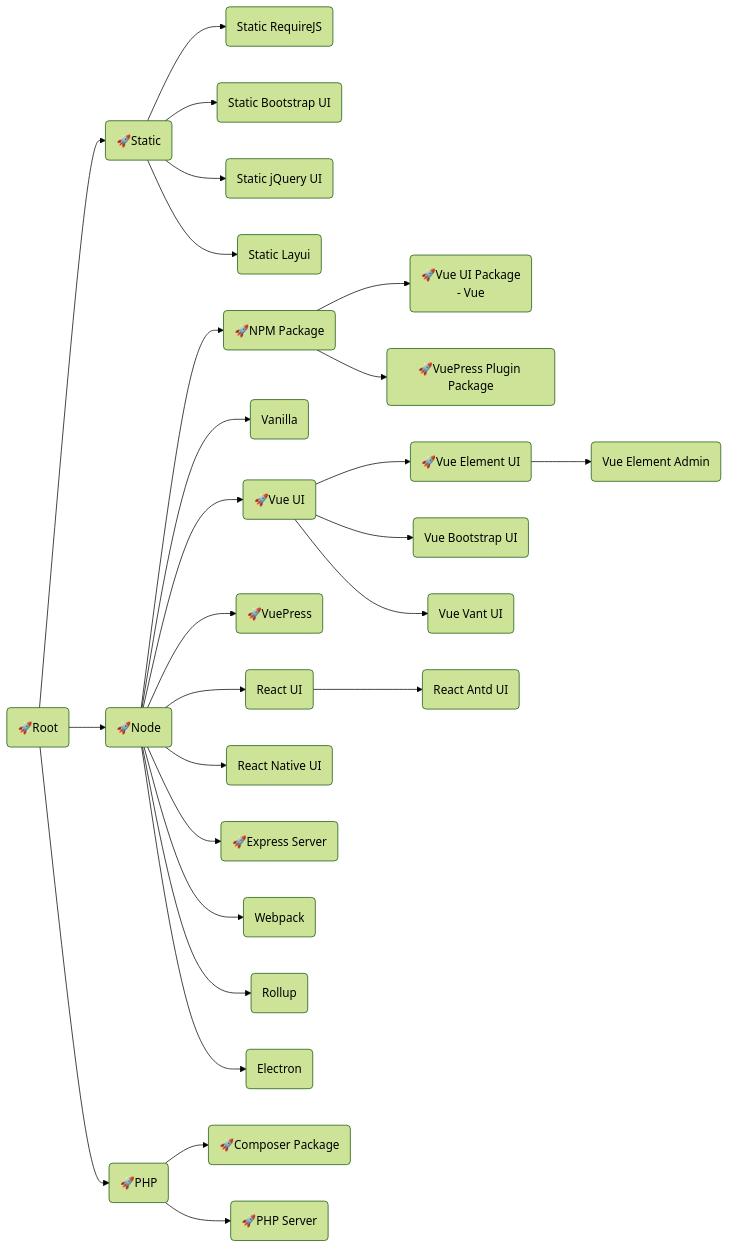
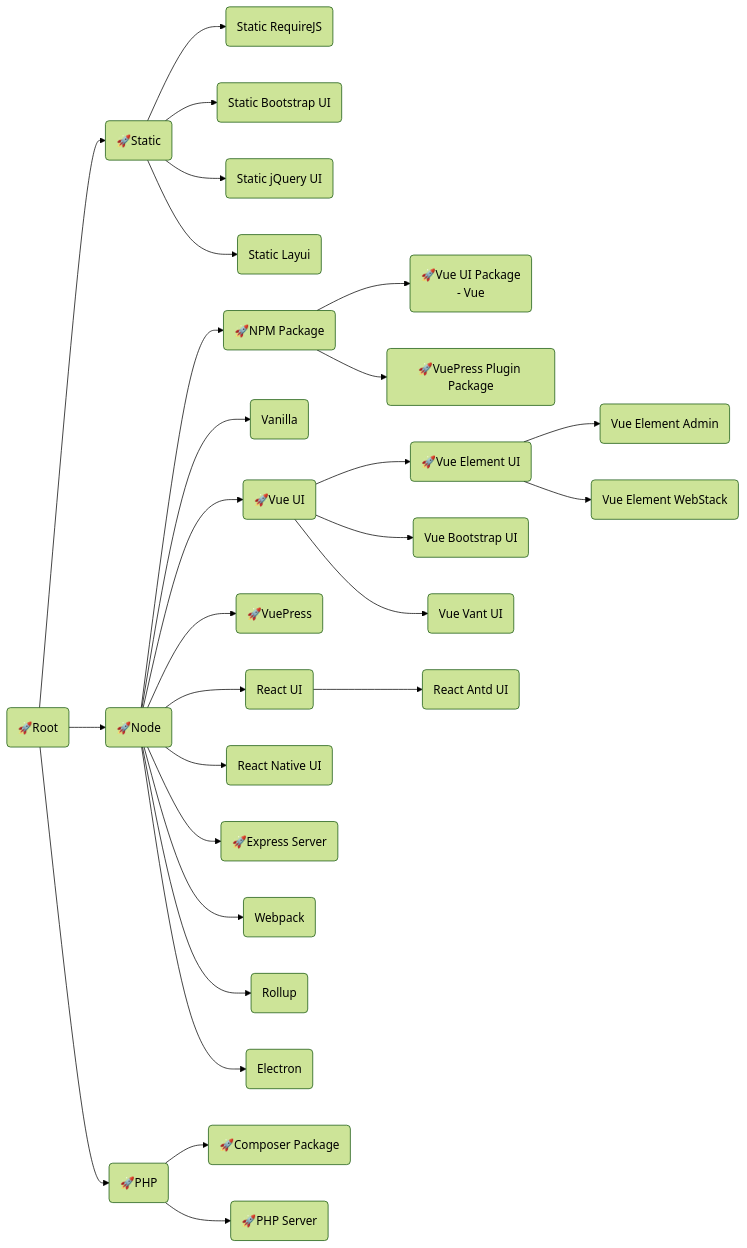
One commit to langnang-templates/.github changed the diagram in profile/README.md. Above: the diagram before and after it, drawn with Mermaid (forest theme).

````diff
--- a/profile/README.md
+++ b/profile/README.md
@@ -1,45 +1,46 @@
 ```mermaid
 flowchart LR
 Root("🚀Root")
 	click Root "https://github.com/langnang-temp/root"
 
 Root-->Static("🚀Static")
 	click Static "https://github.com/langnang-temp/static"
 	Static-->Static_RequireJS("Static RequireJS")
 	Static-->Static_Bootstrap_UI("Static Bootstrap UI")
 	Static-->Static_jQuery_UI("Static jQuery UI")
 	Static-->Static_Layui("Static Layui")
 Root-->Node("🚀Node")
 	click Node "https://github.com/langnang-temp/node"
 	Node-->NPM_Package("🚀NPM Package")
 		click NPM_Package "https://github.com/langnang-temp/npm-package"
 		NPM_Package-->Vue_UI_Package("🚀Vue UI Package \n- Vue ")
 			click Vue_UI_Package "https://github.com/langnang-temp/vue-ui-package"
 		NPM_Package-->VuePress_Plugin_Package("🚀VuePress Plugin Package")
 			click VuePress_Plugin_Package "https://github.com/langnang-temp/vuepress-plugin-package"
 	Node-->Vanilla("Vanilla")
 	Node-->Vue_UI("🚀Vue UI")
 		click Vue_UI "https://github.com/langnang-temp/vue-ui"
 		Vue_UI-->Vue_Element_UI("🚀Vue Element UI")
 			click Vue_Element_UI "https://github.com/langnang-temp/vue-element-ui"
 			Vue_Element_UI-->Vue_Element_Admin("Vue Element Admin")
+			Vue_Element_UI-->Vue_Element_WebStack("Vue Element WebStack")
 		Vue_UI-->Vue_Bootstrap_UI("Vue Bootstrap UI")
 		Vue_UI-->Vue_Vant_UI("Vue Vant UI")
 	Node-->VuePress("🚀VuePress")
 		click VuePress "https://github.com/langnang-temp/vuepress"
 	Node-->React_UI("React UI")
 		React_UI-->React_Antd_UI("React Antd UI")
 	Node-->React_Native_UI("React Native UI")
 	Node-->Express_Server("🚀Express Server")
 		click Express_Server "https://github.com/langnang-temp/express-server"
 	Node-->Webpack("Webpack")
 	Node-->Rollup("Rollup")
 	Node-->Electron("Electron")
 
 Root-->PHP("🚀PHP")
 	click PHP "https://github.com/langnang-temp/php"
 	PHP-->Composer_Package("🚀Composer Package")
 	click Composer_Package "https://github.com/langnang-temp/composer-package"
 	PHP-->PHP_Server("🚀PHP Server")
 		click PHP_Server "https://github.com/langnang-temp/php-server"
 ```
````
